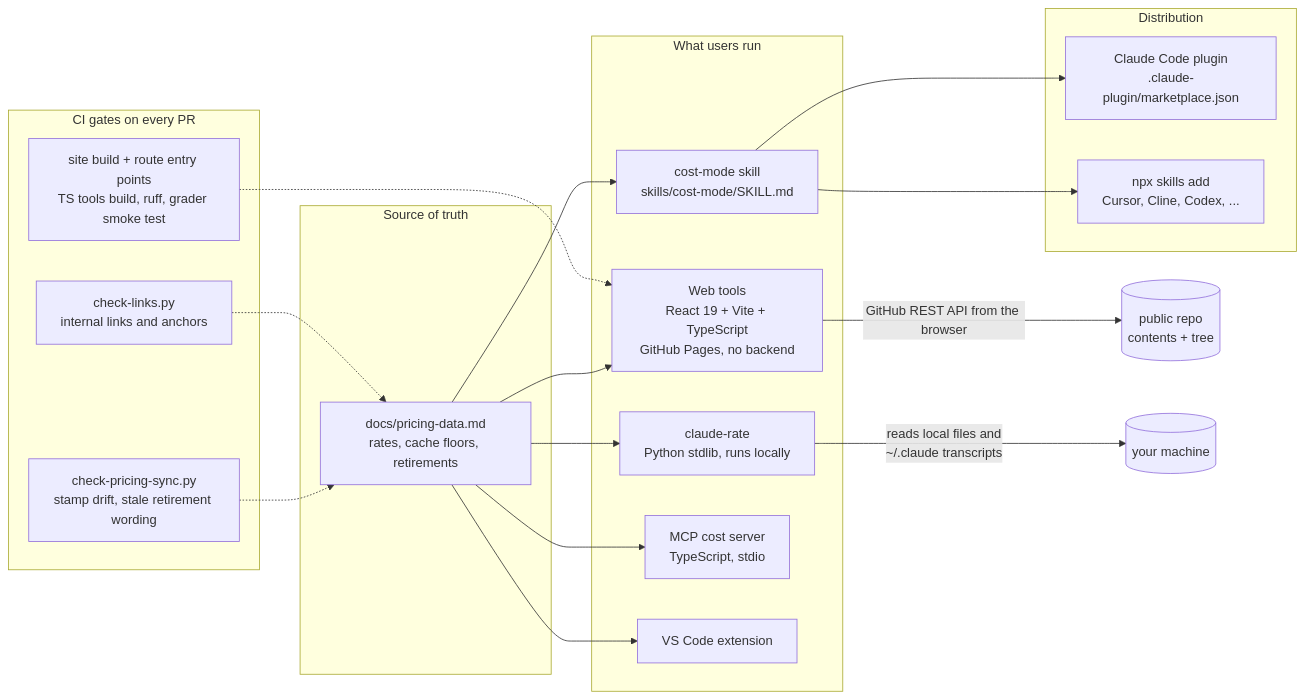
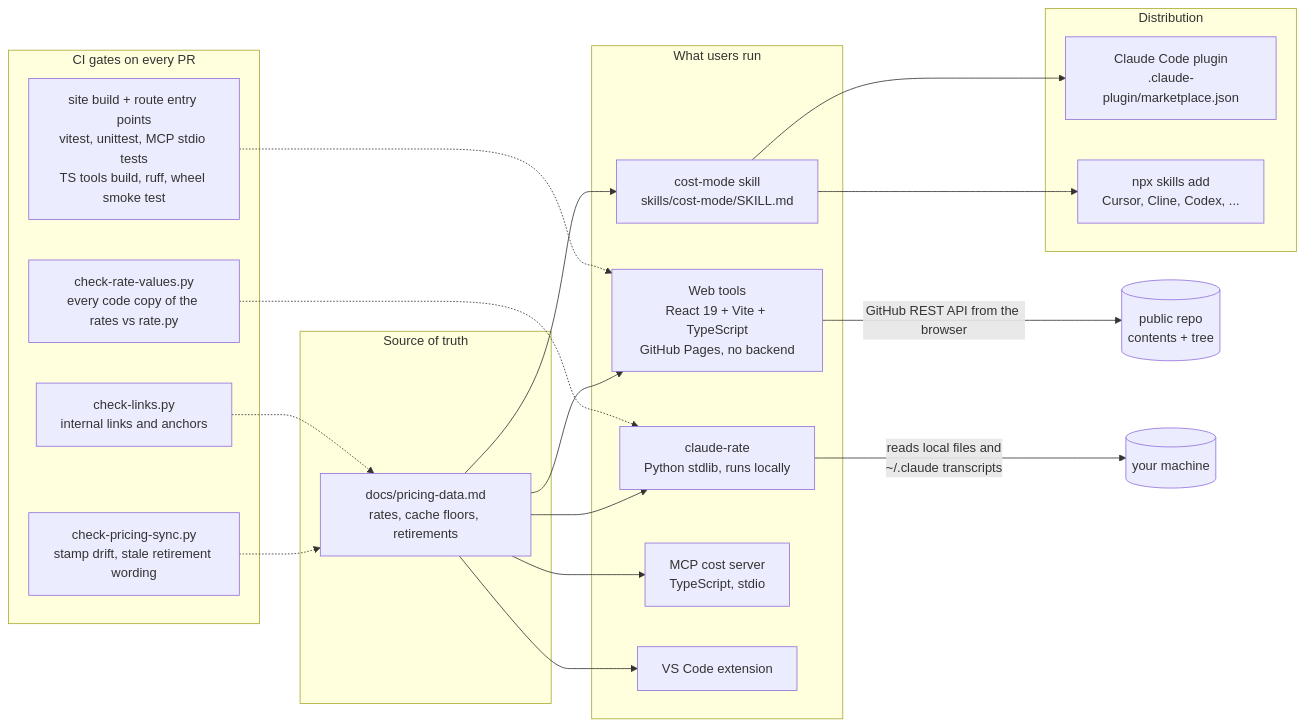
Before and after one commit to Sagargupta16/claude-cost-optimizer: the diagram in README.md, drawn with Mermaid. The commit also changed other lines of this file and 32 other files, not shown here.

First line of the commit message:
feat: test the cost math, check every rate copy in ci and package the tools (#63)

````diff
--- a/README.md
+++ b/README.md
@@ -99,34 +118,36 @@
 ```mermaid
 flowchart LR
   subgraph source["Source of truth"]
     P["docs/pricing-data.md<br/>rates, cache floors, retirements"]
   end
   subgraph ship["What users run"]
     S["cost-mode skill<br/>skills/cost-mode/SKILL.md"]
     W["Web tools<br/>React 19 + Vite + TypeScript<br/>GitHub Pages, no backend"]
     R["claude-rate<br/>Python stdlib, runs locally"]
     M["MCP cost server<br/>TypeScript, stdio"]
     V["VS Code extension"]
   end
   subgraph dist["Distribution"]
     CP["Claude Code plugin<br/>.claude-plugin/marketplace.json"]
     NS["npx skills add<br/>Cursor, Cline, Codex, ..."]
   end
   subgraph ci["CI gates on every PR"]
     C1["check-pricing-sync.py<br/>stamp drift, stale retirement wording"]
+    C4["check-rate-values.py<br/>every code copy of the rates vs rate.py"]
     C2["check-links.py<br/>internal links and anchors"]
-    C3["site build + route entry points<br/>TS tools build, ruff, grader smoke test"]
+    C3["site build + route entry points<br/>vitest, unittest, MCP stdio tests<br/>TS tools build, ruff, wheel smoke test"]
   end
   P --> S
   P --> W
   P --> R
   P --> M
   P --> V
   S --> CP
   S --> NS
   W -->|"GitHub REST API from the browser"| GH[("public repo<br/>contents + tree")]
   R -->|"reads local files and<br/>~/.claude transcripts"| L[("your machine")]
   C1 -.-> P
+  C4 -.-> R
   C2 -.-> P
   C3 -.-> W
 ```
````
